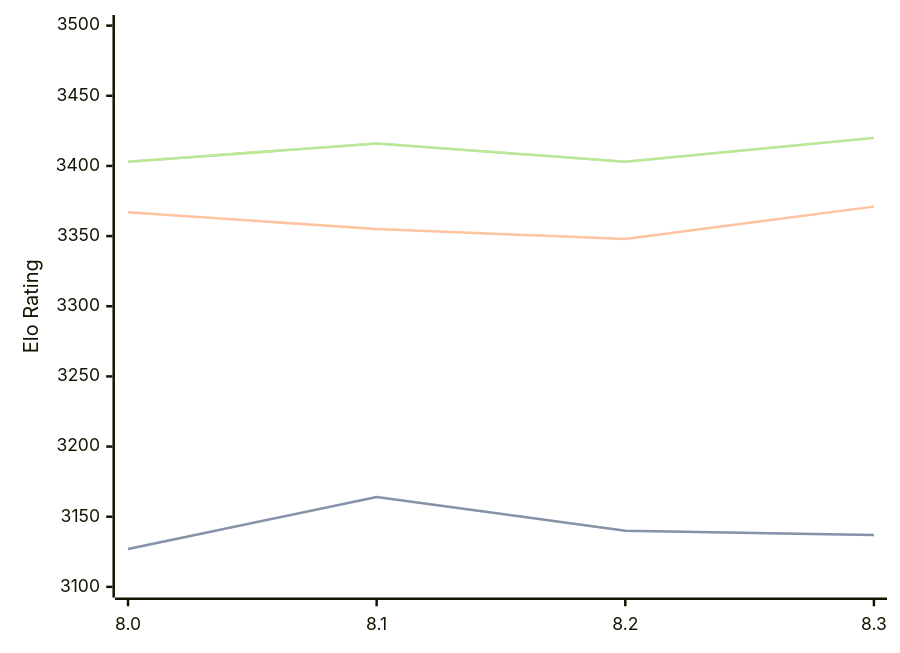
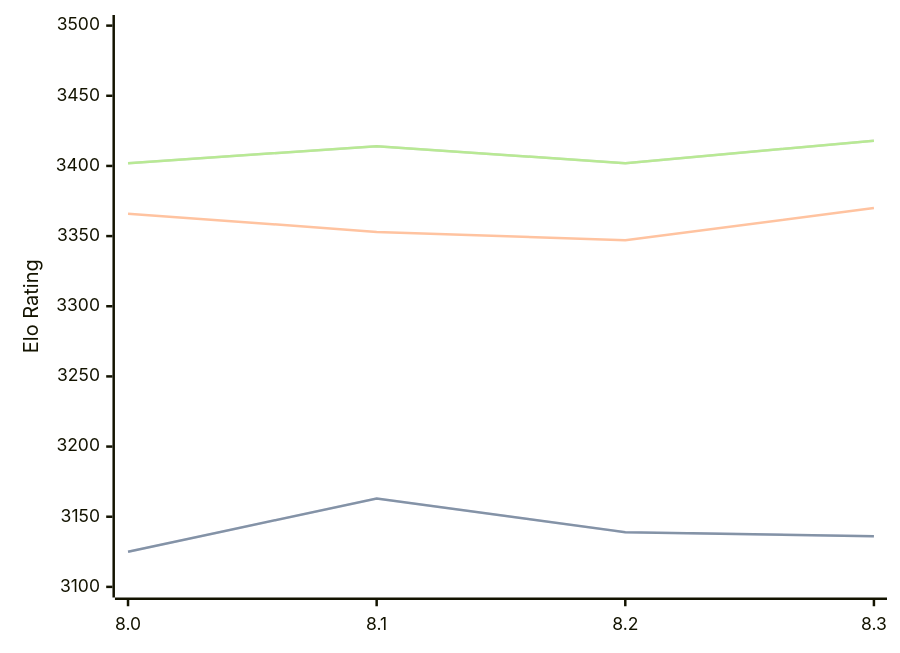
The diagram in engines/Alexander.md (computer-chess-index/cci), drawn with Mermaid before and after one commit. The commit also changed other lines of this file, not shown here.

Commit message:
Update CCI Ratings (ELO VLTC) - 2026-06-07

````diff
--- a/engines/Alexander.md
+++ b/engines/Alexander.md
@@ -48,11 +48,11 @@
 ```mermaid
 %%{init: {"theme":"base","themeVariables":{"seriesColors:['#a3a3a3','#222221','#faa371']}}}%%
 xychart-beta
   x-axis ["8.0", "8.1", "8.2", "8.3"]
   y-axis "Elo Rating" 3100 --> 3500
-  line "STC (8.0+0.08s)" [3127, 3164, 3140, 3137]
-  line "STC (8.0+0.08s)" [3127, 3164, 3140, 3137]
-  line "LTC (60.0+0.60s)" [3367, 3355, 3348, 3371]
-  line "VLTC (2m24s+1.12s)" [3403, 3416, 3403, 3420]
-  line "VLTC (2m24s+1.12s)" [3403, 3416, 3403, 3420]
+  line "STC (8.0+0.08s)" [3125, 3163, 3139, 3136]
+  line "STC (8.0+0.08s)" [3125, 3163, 3139, 3136]
+  line "LTC (60.0+0.60s)" [3366, 3353, 3347, 3370]
+  line "VLTC (2m24s+1.12s)" [3402, 3414, 3402, 3418]
+  line "VLTC (2m24s+1.12s)" [3402, 3414, 3402, 3418]
 ```
````
